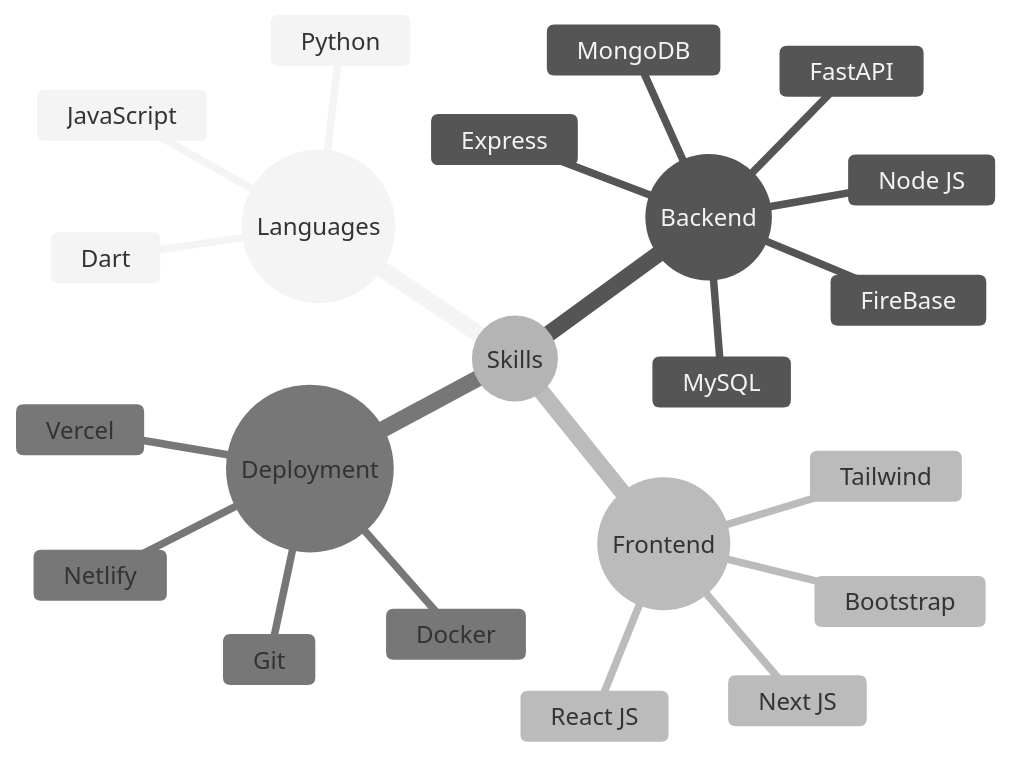
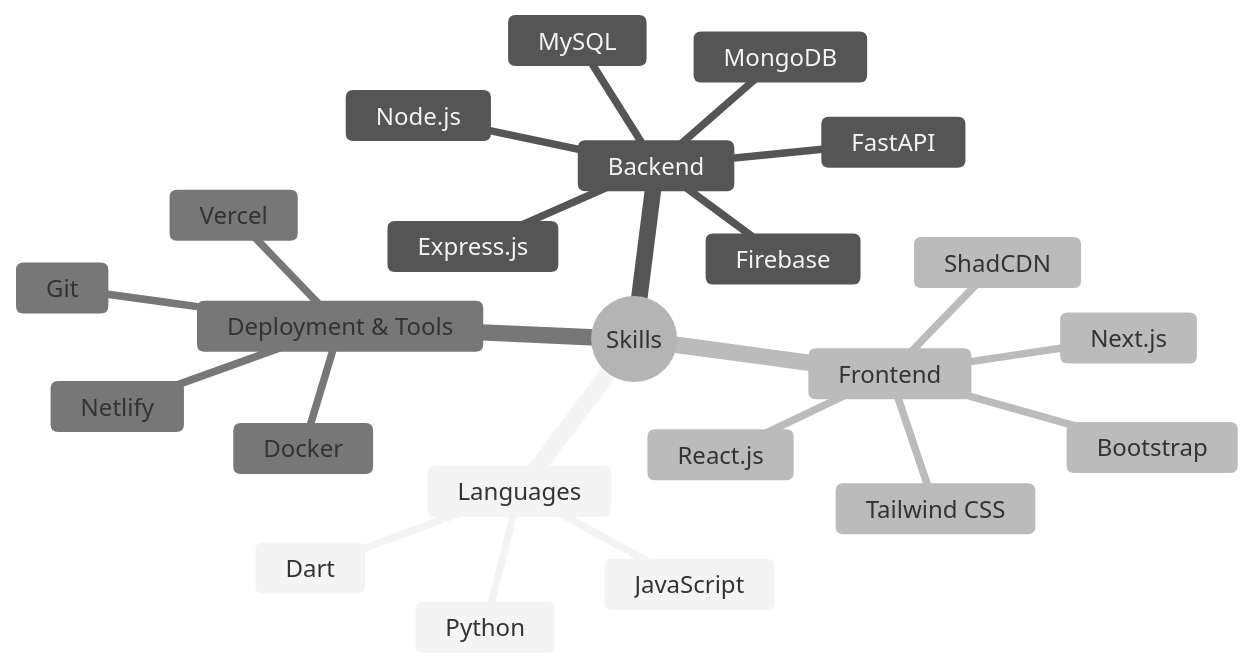
One commit to MisbahHaq/MisbahHaq changed the diagram in README.md. Above: the diagram before and after it, drawn with Mermaid (neutral theme).

Commit message:
README.md

````diff
--- a/README.md
+++ b/README.md
@@ -14,25 +14,26 @@
 ```mermaid
 mindmap
   root((Skills))
-    ((Languages))
+    Languages
       JavaScript
       Python
       Dart
-    ((Backend))
-      FireBase
+    Backend 
+      Node.js
+      Express.js
+      FastAPI
+      Firebase
       MySQL
       MongoDB
-      Node JS
-      FastAPI
-      Express
-    ((Frontend))
-      Tailwind
+    Frontend 
+      React.js
+      Next.js
+      Tailwind CSS
       Bootstrap
-      React JS
-      Next JS
-    ((Deployment))
+      ShadCDN
+    Deployment & Tools 
       Git
       Docker
       Vercel
       Netlify
 ```
````
